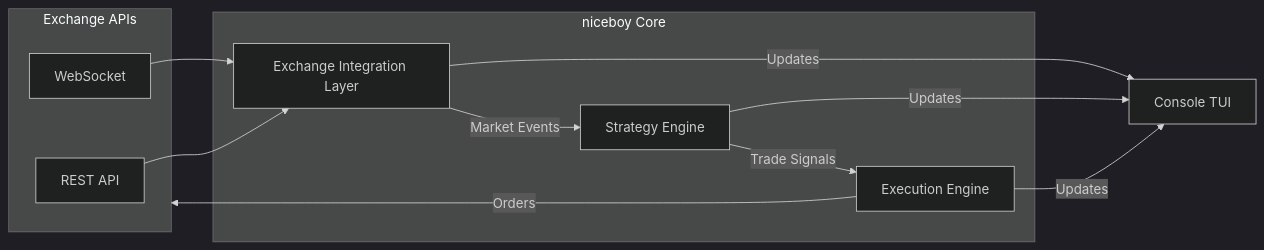
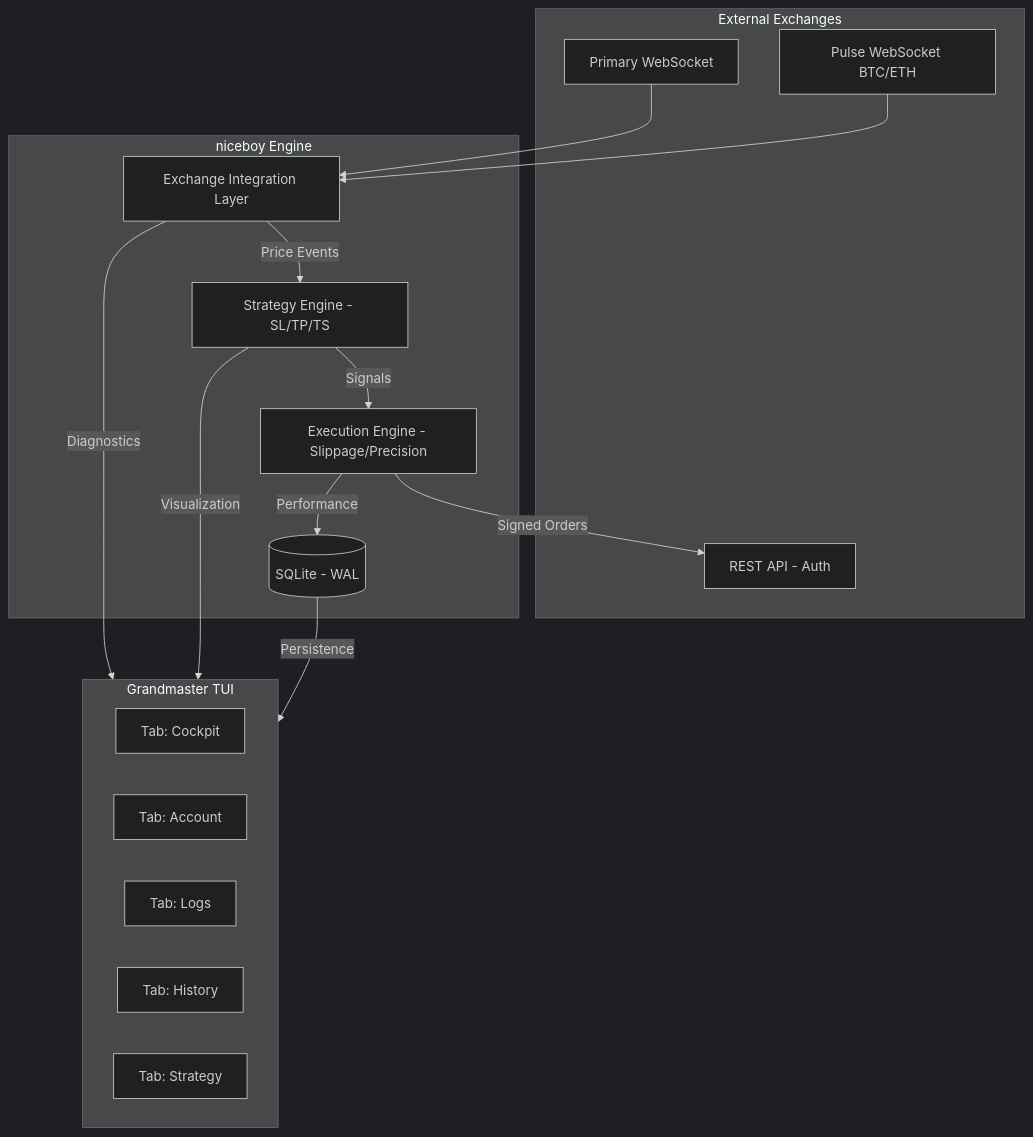
Before and after one commit to netfirms/niceboy: the diagram in ARCHITECTURE.md, drawn with Mermaid (dark theme). The commit also changed other lines of this file and 1 other file, not shown here.

Commit message:
docs: revise v1.5 architecture and technology stack specifications

````diff
--- a/ARCHITECTURE.md
+++ b/ARCHITECTURE.md
@@ -44,24 +36,33 @@
 ```mermaid
-graph LR
-    subgraph MarketData ["Exchange APIs"]
-        WS[WebSocket]
-        REST[REST API]
+graph TD
+    subgraph Market ["External Exchanges"]
+        WS_M[Primary WebSocket]
+        WS_P[Pulse WebSocket BTC/ETH]
+        REST[REST API - Auth]
     end
 
-    subgraph Core ["niceboy Core"]
+    subgraph Core ["niceboy Engine"]
         EIL[Exchange Integration Layer]
-        SE[Strategy Engine]
-        EE[Execution Engine]
+        SE[Strategy Engine - SL/TP/TS]
+        EE[Execution Engine - Slippage/Precision]
+        DB[(SQLite - WAL)]
     end
 
-    UI[Console TUI]
+    subgraph UI ["Grandmaster TUI"]
+        T_C[Tab: Cockpit]
+        T_A[Tab: Account]
+        T_L[Tab: Logs]
+        T_H[Tab: History]
+        T_S[Tab: Strategy]
+    end
 
-    WS --> EIL
-    REST --> EIL
-    EIL -- "Market Events" --> SE
-    SE -- "Trade Signals" --> EE
-    EE -- "Orders" --> MarketData
-    EIL -- "Updates" --> UI
-    SE -- "Updates" --> UI
-    EE -- "Updates" --> UI
+    WS_M --> EIL
+    WS_P --> EIL
+    EIL -- "Price Events" --> SE
+    SE -- "Signals" --> EE
+    EE -- "Signed Orders" --> REST
+    EE -- "Performance" --> DB
+    DB -- "Persistence" --> UI
+    EIL -- "Diagnostics" --> UI
+    SE -- "Visualization" --> UI
 ```
````
